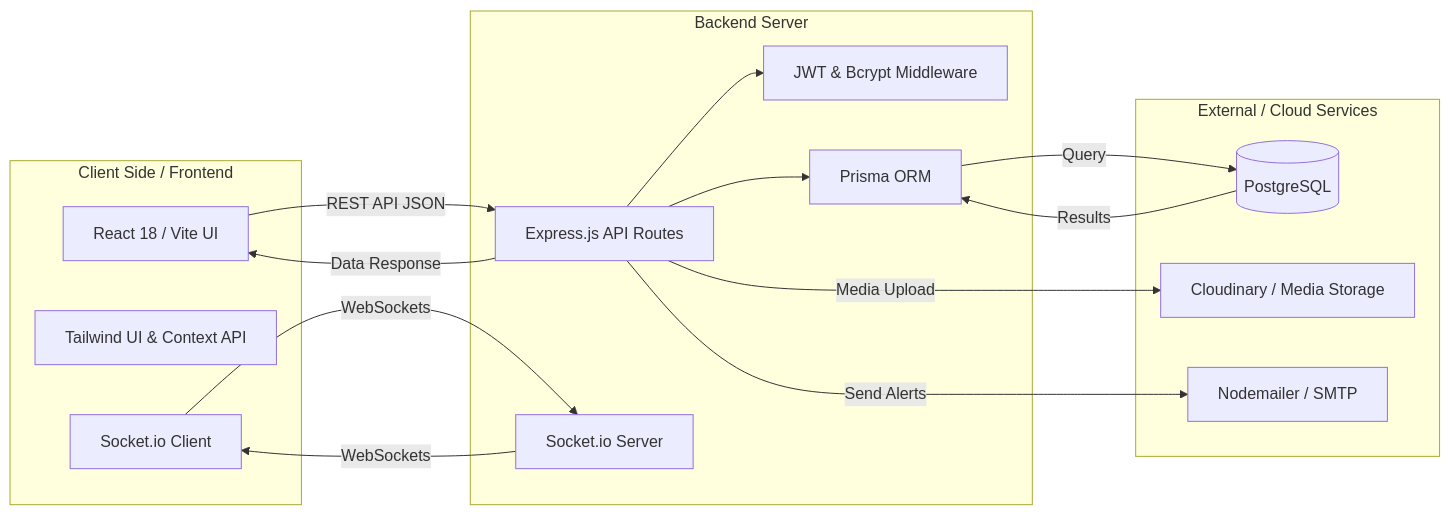
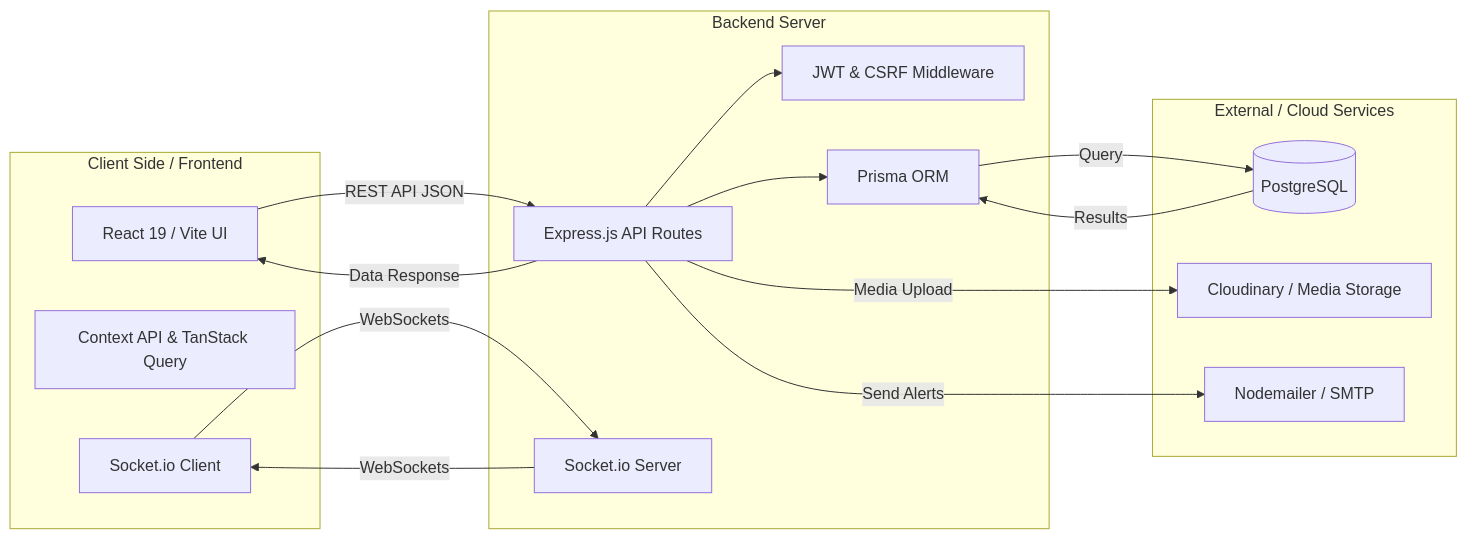
The fourth of 4 diagrams in documents/System_Architecture.md (Aditya11o/placement-management-system), drawn with Mermaid before and after one commit. The commit also changed other lines of this file and 5 other files, not shown here.

Commit message:
docs: add comprehensive project documentation and system architecture specifications for Version 1.0 release

````diff
--- a/documents/System_Architecture.md
+++ b/documents/System_Architecture.md
@@ -140,36 +144,36 @@
 ```mermaid
 graph LR
     subgraph Client [Client Side / Frontend]
-        UI[React 18 / Vite UI]
-        State[Tailwind UI & Context API]
+        UI[React 19 / Vite UI]
+        State[Context API & TanStack Query]
         SktC[Socket.io Client]
     end
 
     subgraph Server [Backend Server]
         API[Express.js API Routes]
-        Auth[JWT & Bcrypt Middleware]
+        Auth[JWT & CSRF Middleware]
         SktS[Socket.io Server]
         ORM[Prisma ORM]
     end
 
     subgraph Infrastructure [External / Cloud Services]
         DB[(PostgreSQL)]
         Cloudinary[Cloudinary / Media Storage]
         Email[Nodemailer / SMTP]
     end
 
     %% Flow
     UI -->|REST API JSON| API
     API -->|Data Response| UI
     
     SktC -->|WebSockets| SktS
     SktS -->|WebSockets| SktC
     
     API --> Auth
     API --> ORM
     
     ORM -->|Query| DB
     DB -->|Results| ORM
     API --> |Media Upload| Cloudinary
     API --> |Send Alerts| Email
 ```
````
